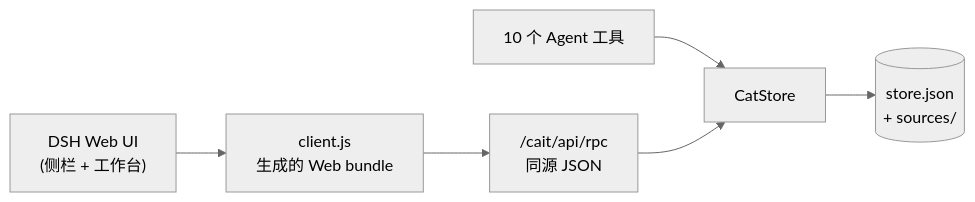
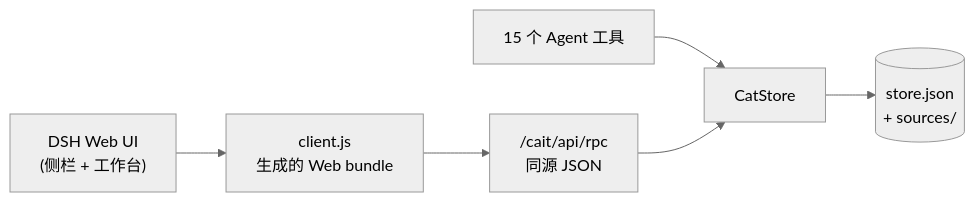
One commit to JoviLecca/dsh-CAIT changed the diagram in README.zh-CN.md. Above: the diagram before and after it, drawn with Mermaid (neutral theme). The commit also changed other lines of this file and 26 other files, not shown here.

````diff
--- a/README.zh-CN.md
+++ b/README.zh-CN.md
@@ -316,8 +342,8 @@
 ```mermaid
 flowchart LR
   UI["DSH Web UI<br/>(侧栏 + 工作台)"] --> Client["client.js<br/>生成的 Web bundle"]
   Client --> API["/cait/api/rpc<br/>同源 JSON"]
-  Tools["10 个 Agent 工具"] --> Store["CatStore"]
+  Tools["15 个 Agent 工具"] --> Store["CatStore"]
   API --> Store
   Store --> Snapshot[("store.json<br/>+ sources/")]
 ```
````
